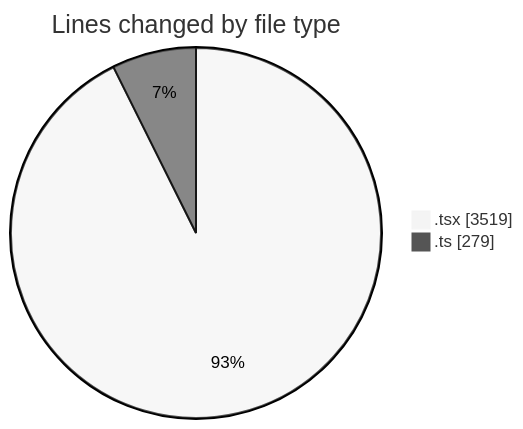
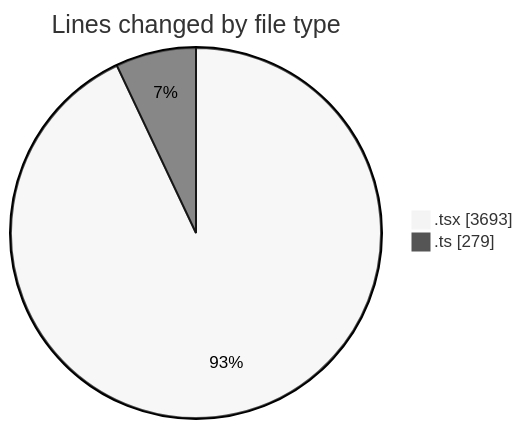
The first of 2 diagrams in 2026-03-22/nxtqube_webapp/README.md (nxtqubesakshisongat/code-tracking), drawn with Mermaid (neutral theme) before and after one commit. The commit also changed other lines of this file and 1 other file, not shown here.

````diff
--- a/2026-03-22/nxtqube_webapp/README.md
+++ b/2026-03-22/nxtqube_webapp/README.md
@@ -27,6 +28,6 @@
 ```mermaid
 pie showData
 title Lines changed by file type
-".tsx" : 3519
+".tsx" : 3693
 ".ts" : 279
 ```
````
